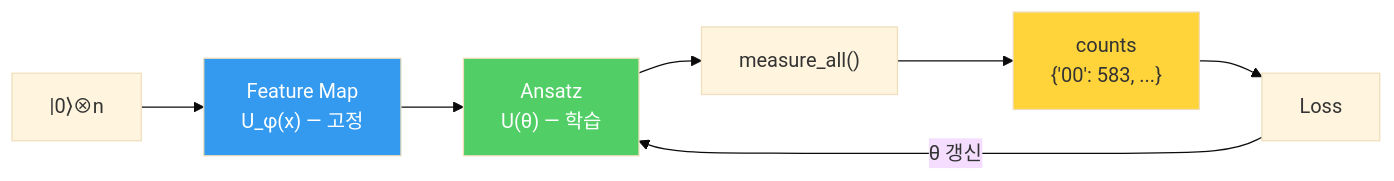
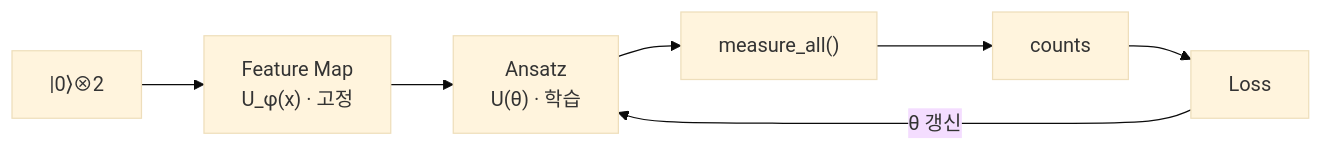
Before and after one commit to umyunsang/edu: the diagram in ComputerScience/03_ai-ml-data/quantum-ml/10. Quantum Circuit과 QML.md, drawn with Mermaid (base theme). The commit also changed other lines of this file, not shown here.

````diff
--- a/ComputerScience/03_ai-ml-data/quantum-ml/10. Quantum Circuit과 QML.md
+++ b/ComputerScience/03_ai-ml-data/quantum-ml/10. Quantum Circuit과 QML.md
@@ -47,13 +29,9 @@
 ```mermaid
 flowchart LR
-    Z["|0⟩⊗n"] --> FM["Feature Map<br/>U_φ(x) — 고정"]
-    FM --> AN["Ansatz<br/>U(θ) — 학습"]
+    Z["|0⟩⊗2"] --> FM["Feature Map<br/>U_φ(x) · 고정"]
+    FM --> AN["Ansatz<br/>U(θ) · 학습"]
     AN --> ME["measure_all()"]
-    ME --> CO["counts<br/>{'00': 583, ...}"]
+    ME --> CO["counts"]
     CO --> LO["Loss"]
     LO -->|"θ 갱신"| AN
-
-    style FM fill:#339af0,color:#fff
-    style AN fill:#51cf66,color:#fff
-    style CO fill:#ffd43b,color:#333
 ```
````
